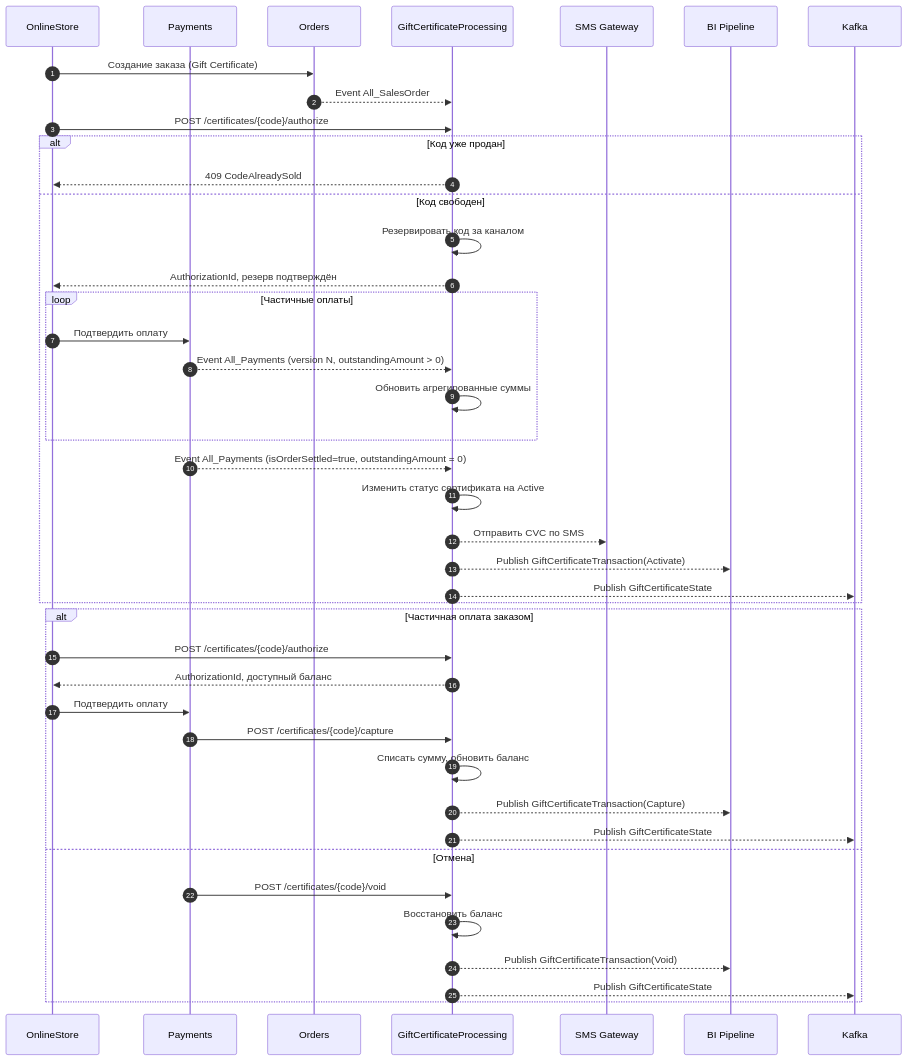
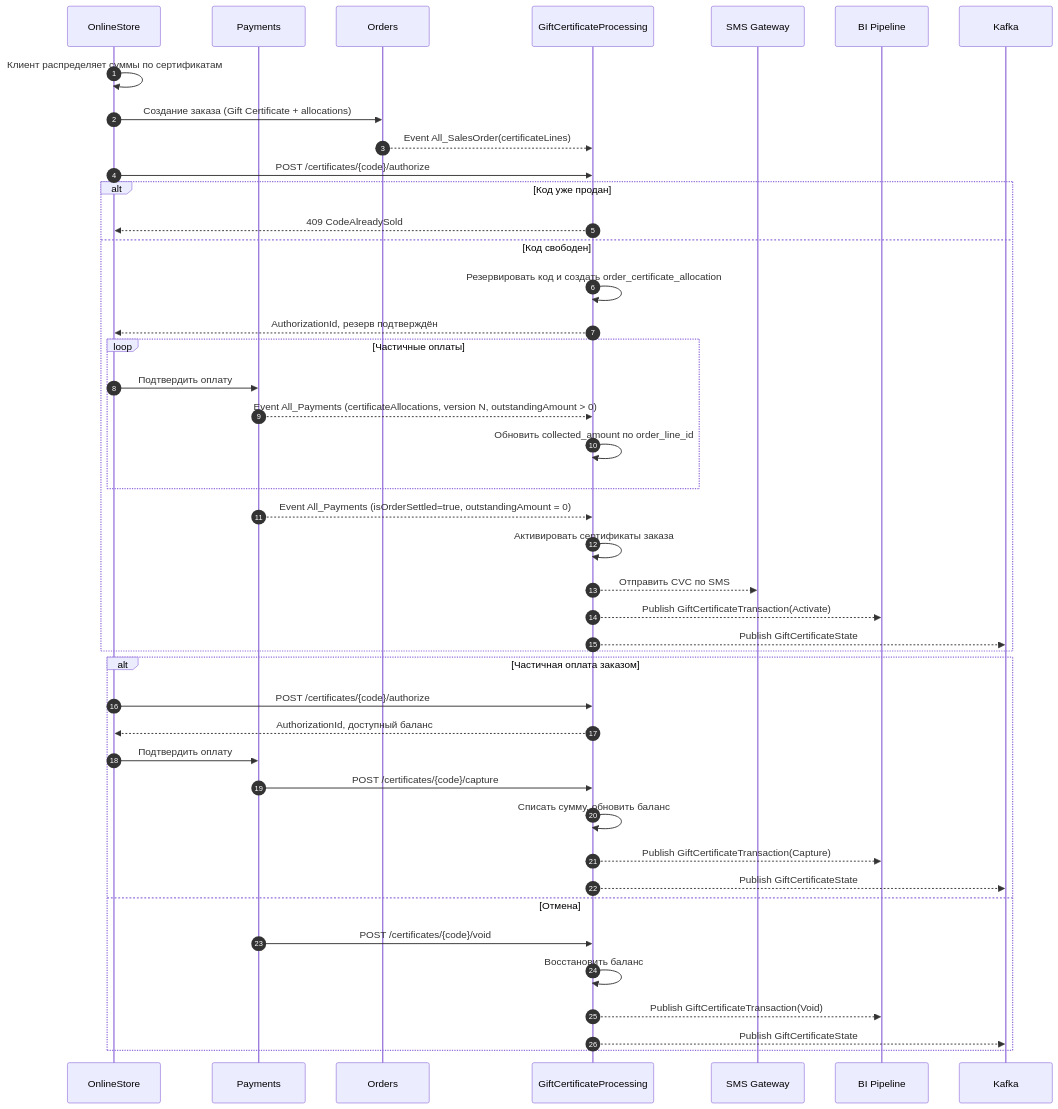
The diagram in specs/sequences.mmd (dobryakov/gift-certs-example2), drawn with Mermaid before and after one commit. The commit also changed 15 other files, not shown here.

```diff
--- a/specs/sequences.mmd
+++ b/specs/sequences.mmd
@@ -1,43 +1,44 @@
 sequenceDiagram
   autonumber
   participant OS as OnlineStore
   participant PAY as Payments
   participant ORD as Orders
   participant GC as GiftCertificateProcessing
   participant SMS as SMS Gateway
   participant BI as BI Pipeline
 
-  OS->>ORD: Создание заказа (Gift Certificate)
-  ORD-->>GC: Event All_SalesOrder
+  OS->>OS: Клиент распределяет суммы по сертификатам
+  OS->>ORD: Создание заказа (Gift Certificate + allocations)
+  ORD-->>GC: Event All_SalesOrder(certificateLines)
   OS->>GC: POST /certificates/{code}/authorize
   alt Код уже продан
     GC-->>OS: 409 CodeAlreadySold
   else Код свободен
-    GC->>GC: Резервировать код за каналом
+    GC->>GC: Резервировать код и создать order_certificate_allocation
     GC-->>OS: AuthorizationId, резерв подтверждён
     loop Частичные оплаты
       OS->>PAY: Подтвердить оплату
-      PAY-->>GC: Event All_Payments (version N, outstandingAmount > 0)
-      GC->>GC: Обновить агрегированные суммы
+      PAY-->>GC: Event All_Payments (certificateAllocations, version N, outstandingAmount > 0)
+      GC->>GC: Обновить collected_amount по order_line_id
     end
     PAY-->>GC: Event All_Payments (isOrderSettled=true, outstandingAmount = 0)
-    GC->>GC: Изменить статус сертификата на Active
+    GC->>GC: Активировать сертификаты заказа
     GC-->>SMS: Отправить CVC по SMS
     GC-->>BI: Publish GiftCertificateTransaction(Activate)
     GC-->>Kafka: Publish GiftCertificateState
   end
 
   alt Частичная оплата заказом
     OS->>GC: POST /certificates/{code}/authorize
     GC-->>OS: AuthorizationId, доступный баланс
     OS->>PAY: Подтвердить оплату
     PAY->>GC: POST /certificates/{code}/capture
     GC->>GC: Списать сумму, обновить баланс
     GC-->>BI: Publish GiftCertificateTransaction(Capture)
     GC-->>Kafka: Publish GiftCertificateState
   else Отмена
     PAY->>GC: POST /certificates/{code}/void
     GC->>GC: Восстановить баланс
     GC-->>BI: Publish GiftCertificateTransaction(Void)
     GC-->>Kafka: Publish GiftCertificateState
   end
```
